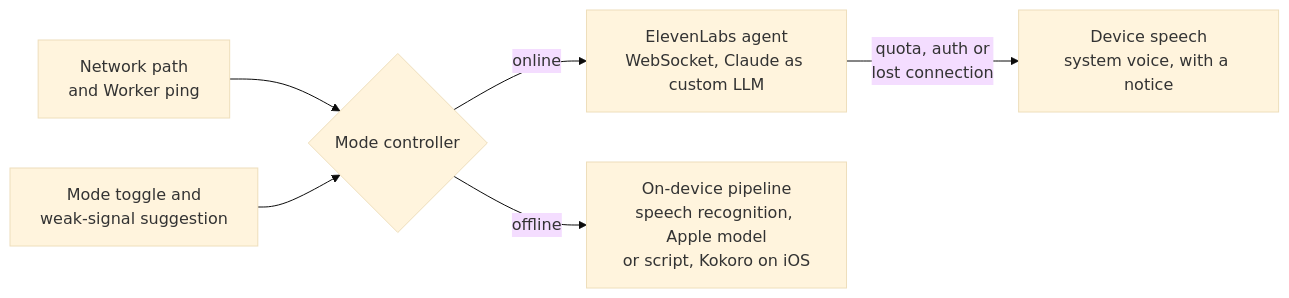
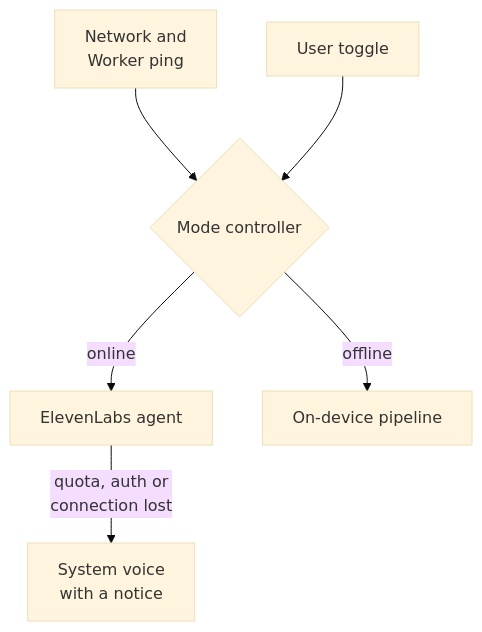
Before and after one commit to Xget7/splat-field-guide: the fourth of 4 diagrams in README.md, drawn with Mermaid (base theme). The commit also changed other lines of this file, not shown here.

Commit message:
Draw the README diagrams top to bottom and trim their labels

````diff
--- a/README.md
+++ b/README.md
@@ -92,8 +84,8 @@
 ```mermaid
-flowchart LR
-  signal["Network path<br/>and Worker ping"] --> controller{"Mode controller"}
-  user["Mode toggle and<br/>weak-signal suggestion"] --> controller
-  controller -->|online| agent["ElevenLabs agent<br/>WebSocket, Claude as custom LLM"]
-  controller -->|offline| pipeline["On-device pipeline<br/>speech recognition, Apple model<br/>or script, Kokoro on iOS"]
-  agent -->|"quota, auth or<br/>lost connection"| fallback["Device speech<br/>system voice, with a notice"]
+flowchart TB
+  signal["Network and<br/>Worker ping"] --> controller{"Mode controller"}
+  user["User toggle"] --> controller
+  controller -->|online| agent["ElevenLabs agent"]
+  controller -->|offline| device["On-device pipeline"]
+  agent -->|"quota, auth or<br/>connection lost"| fallback["System voice<br/>with a notice"]
 ```
````
